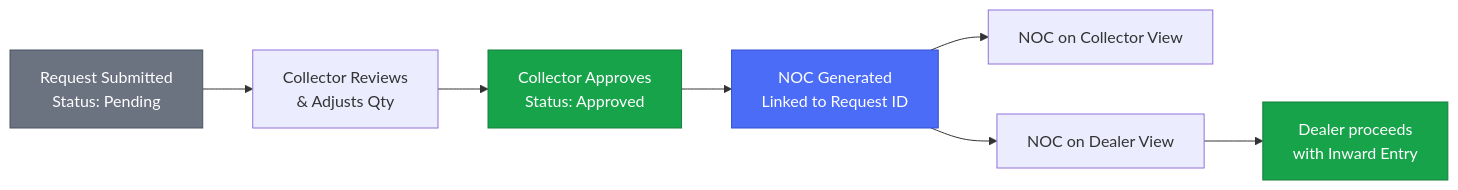
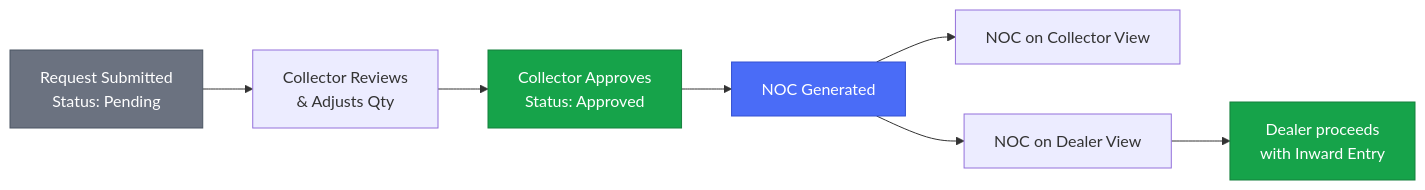
Before and after one commit to Sourabhraaj/ALIMS-FLow: the second of 2 diagrams in Request_approve_collector.md, drawn with Mermaid. The commit also changed other lines of this file, not shown here.

Commit message:
corrected table and required correction

````diff
--- a/Request_approve_collector.md
+++ b/Request_approve_collector.md
@@ -66,14 +66,14 @@
 ```mermaid
 flowchart LR
     A[Request Submitted\nStatus: Pending] --> B[Collector Reviews\n& Adjusts Qty]
     B --> C[Collector Approves\nStatus: Approved]
-    C --> D[NOC Generated\nLinked to Request ID]
+    C --> D[NOC Generated]
     D --> E[NOC on Collector View]
     D --> F[NOC on Dealer View]
     F --> G[Dealer proceeds\nwith Inward Entry]
 
     style A fill:#6B7280,color:#fff,stroke:#4B5563
     style C fill:#16A34A,color:#fff,stroke:#15803D
     style D fill:#4A6CF7,color:#fff,stroke:#3451D1
     style G fill:#16A34A,color:#fff,stroke:#15803D
 ```
````
